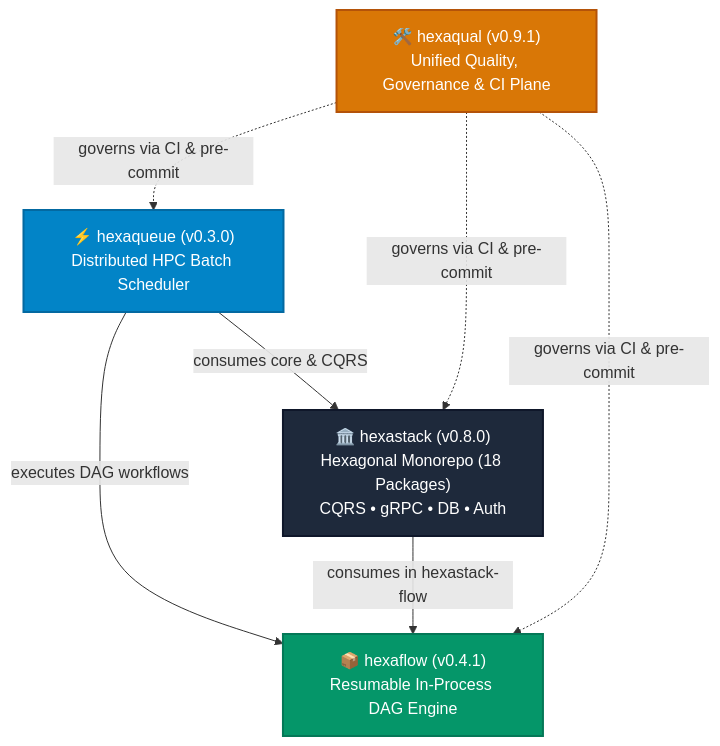
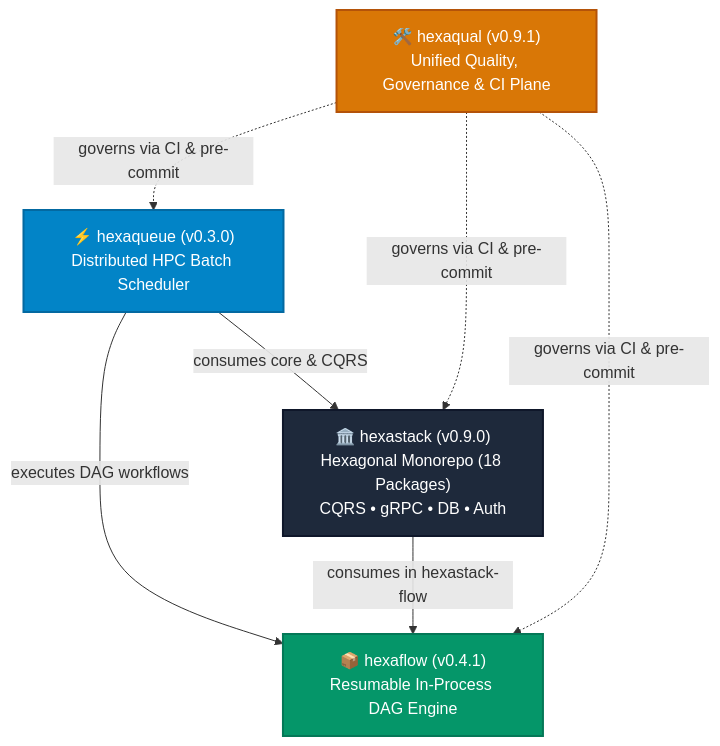
One commit to TheTrueSCU/hexastack changed the first of 2 diagrams in docs/ecosystem.md. Above: the diagram before and after it, drawn with Mermaid. The commit also changed 28 other files, not shown here.

````diff
--- a/docs/ecosystem.md
+++ b/docs/ecosystem.md
@@ -9,19 +9,19 @@
 ```mermaid
 graph TD
     classDef hq fill:#0284c7,stroke:#0369a1,stroke-width:2px,color:#ffffff;
     classDef hs fill:#1e293b,stroke:#0f172a,stroke-width:2px,color:#ffffff;
     classDef hf fill:#059669,stroke:#047857,stroke-width:2px,color:#ffffff;
     classDef hqual fill:#d97706,stroke:#b45309,stroke-width:2px,color:#ffffff;
 
     HQ["⚡ hexaqueue (v0.3.0)<br/>Distributed HPC Batch Scheduler"]:::hq
-    HS["🏛️ hexastack (v0.8.0)<br/>Hexagonal Monorepo (18 Packages)<br/>CQRS • gRPC • DB • Auth"]:::hs
+    HS["🏛️ hexastack (v0.9.0)<br/>Hexagonal Monorepo (18 Packages)<br/>CQRS • gRPC • DB • Auth"]:::hs
     HF["📦 hexaflow (v0.4.1)<br/>Resumable In-Process DAG Engine"]:::hf
     HQUAL["🛠️ hexaqual (v0.9.1)<br/>Unified Quality, Governance & CI Plane"]:::hqual
 
     HQ -->|"consumes core & CQRS"| HS
     HQ -->|"executes DAG workflows"| HF
     HS -->|"consumes in hexastack-flow"| HF
     HQUAL -. "governs via CI & pre-commit" .-> HQ
     HQUAL -. "governs via CI & pre-commit" .-> HS
     HQUAL -. "governs via CI & pre-commit" .-> HF
 ```
````
